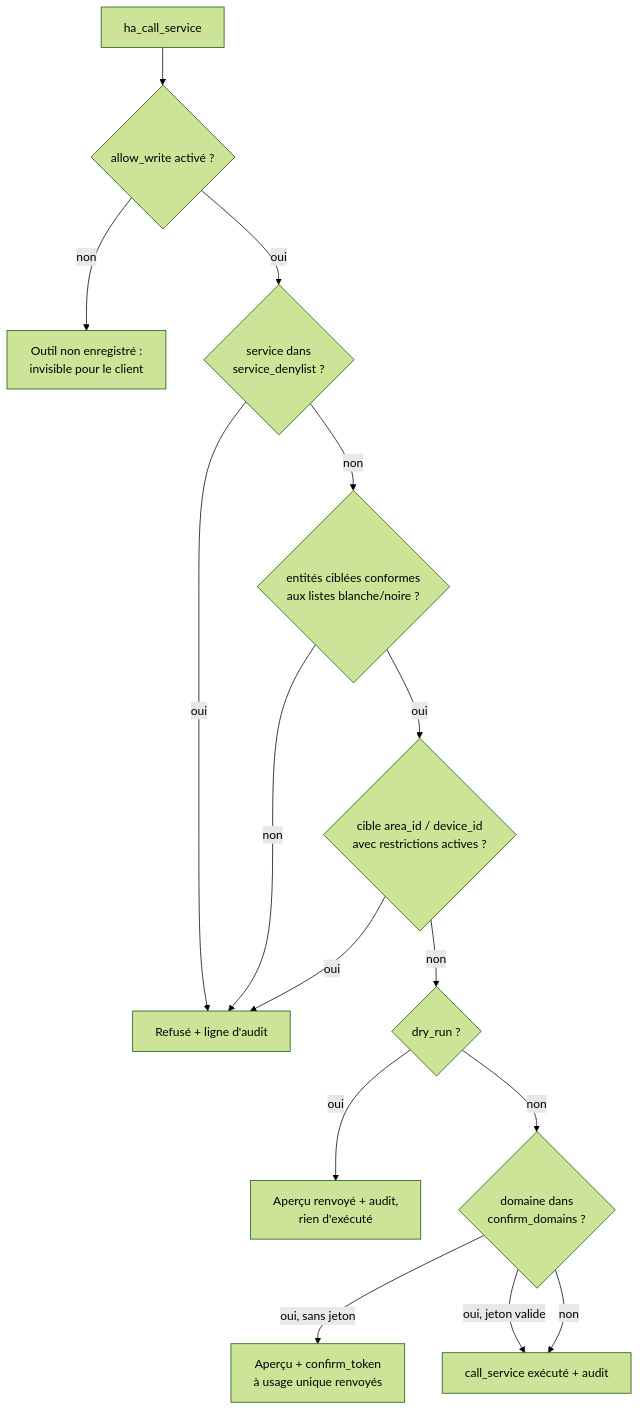
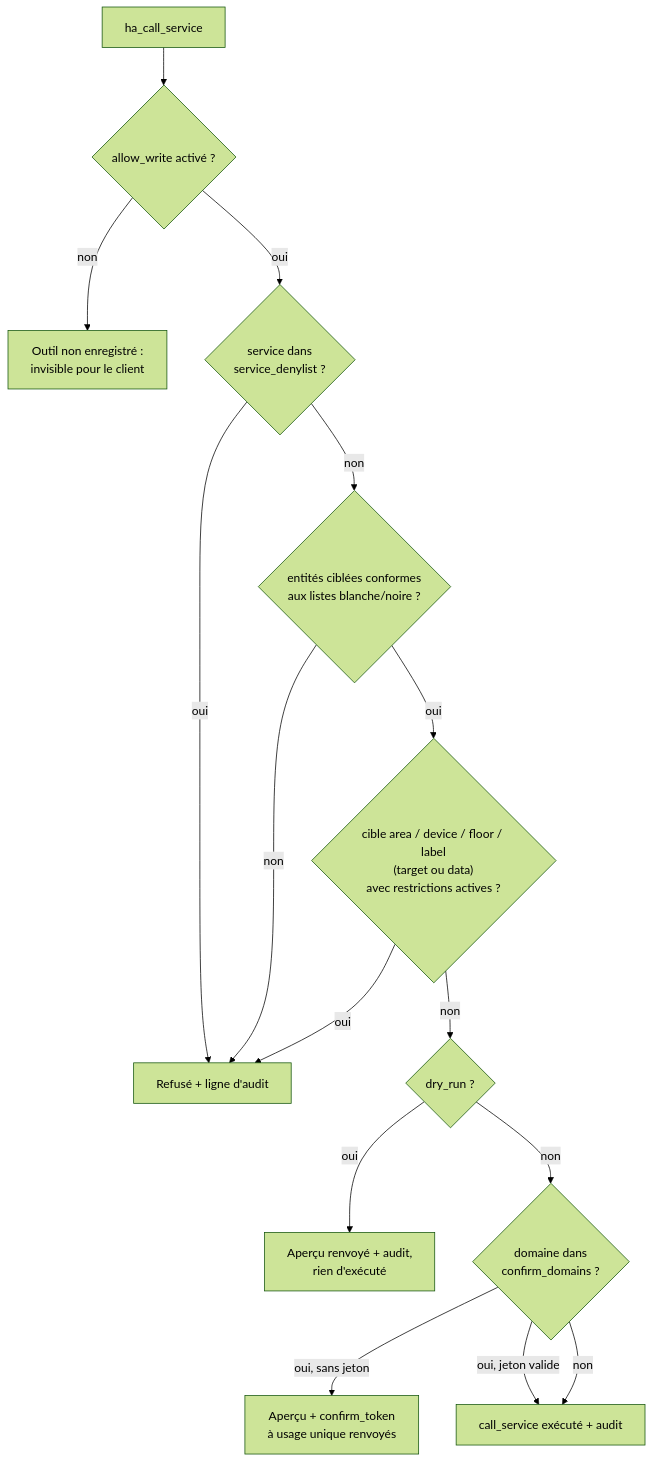
Before and after one commit to Devitek/mcp-ha: the diagram in docs/fr/guide/security.md, drawn with Mermaid (forest theme). The commit also changed 77 other files, not shown here.

````diff
--- a/docs/fr/guide/security.md
+++ b/docs/fr/guide/security.md
@@ -15,17 +15,17 @@
 ```mermaid
 flowchart TD
   A["ha_call_service"] --> B{"allow_write activé ?"}
   B -- "non" --> R0["Outil non enregistré :<br>invisible pour le client"]
   B -- "oui" --> C{"service dans<br>service_denylist ?"}
   C -- "oui" --> R1["Refusé + ligne d'audit"]
   C -- "non" --> D{"entités ciblées conformes<br>aux listes blanche/noire ?"}
   D -- "non" --> R1
-  D -- "oui" --> E{"cible area_id / device_id<br>avec restrictions actives ?"}
+  D -- "oui" --> E{"cible area / device / floor / label<br>(target ou data)<br>avec restrictions actives ?"}
   E -- "oui" --> R1
   E -- "non" --> F{"dry_run ?"}
   F -- "oui" --> P["Aperçu renvoyé + audit,<br>rien d'exécuté"]
   F -- "non" --> G{"domaine dans<br>confirm_domains ?"}
   G -- "oui, sans jeton" --> C1["Aperçu + confirm_token<br>à usage unique renvoyés"]
   G -- "oui, jeton valide" --> X["call_service exécuté + audit"]
   G -- "non" --> X
 ```
````
